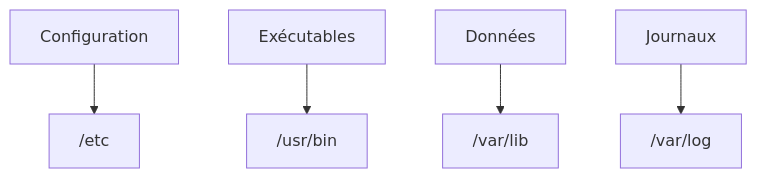
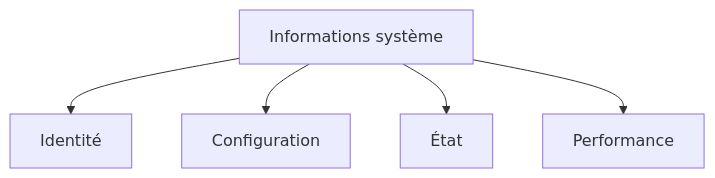
The fifth of 7 diagrams in campagne 1/1.4.md (tdelaclos/formations), drawn with Mermaid before and after one commit. The commit also changed other lines of this file, not shown here.

````diff
--- a/campagne 1/1.4.md
+++ b/campagne 1/1.4.md
@@ -623,24 +501,13 @@
 ```mermaid
 flowchart TD
 
-A["Configuration"]
+A["Informations système"]
 
-B["/etc"]
+A --> B["Identité"]
 
-C["Exécutables"]
+A --> C["Configuration"]
 
-D["/usr/bin"]
+A --> D["État"]
 
-E["Données"]
-
-F["/var/lib"]
-
-G["Journaux"]
-
-H["/var/log"]
-
-A --> B
-C --> D
-E --> F
-G --> H
+A --> E["Performance"]
 ```
````
